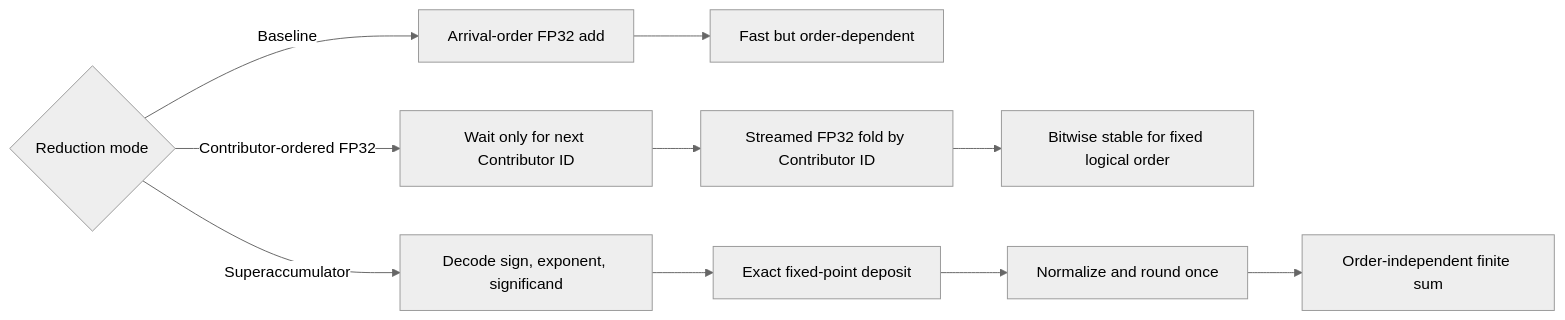
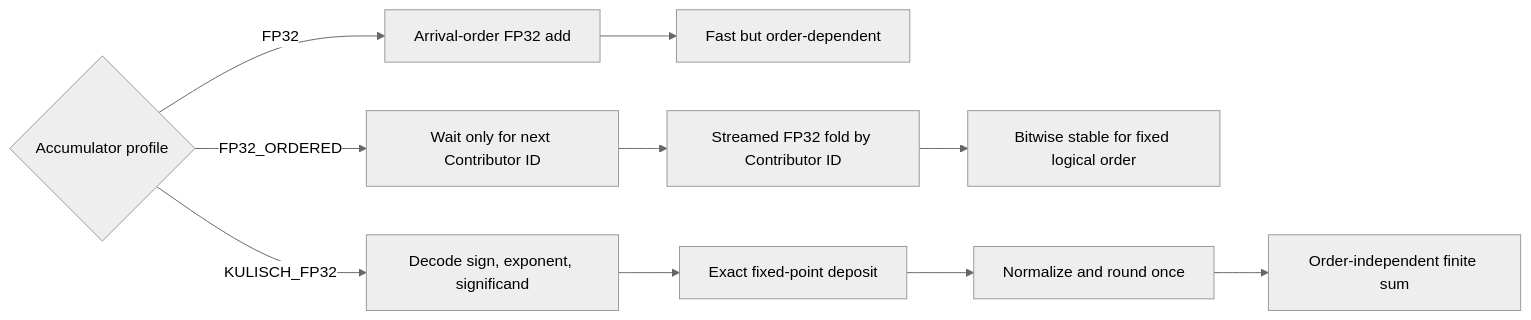
Before and after one commit to uniquadev/prism: the diagram in docs/chapters/1-introduction/reproducibility.md, drawn with Mermaid (neutral theme). The commit also changed other lines of this file and 23 other files, not shown here.

````diff
--- a/docs/chapters/1-introduction/reproducibility.md
+++ b/docs/chapters/1-introduction/reproducibility.md
@@ -24,16 +24,16 @@
 ```mermaid
 flowchart LR
-    S{Reduction mode}
+    S{Accumulator profile}
 
-    S -->|Baseline| B[Arrival-order FP32 add]
+    S -->|FP32| B[Arrival-order FP32 add]
     B --> O1[Fast but order-dependent]
 
-    S -->|Contributor-ordered FP32| C[Wait only for next Contributor ID]
+    S -->|FP32_ORDERED| C[Wait only for next Contributor ID]
     C --> D[Streamed FP32 fold by Contributor ID]
     D --> O2[Bitwise stable for fixed logical order]
 
-    S -->|Superaccumulator| E[Decode sign, exponent, significand]
+    S -->|KULISCH_FP32| E[Decode sign, exponent, significand]
     E --> F[Exact fixed-point deposit]
     F --> G[Normalize and round once]
     G --> O3[Order-independent finite sum]
 ```
````
